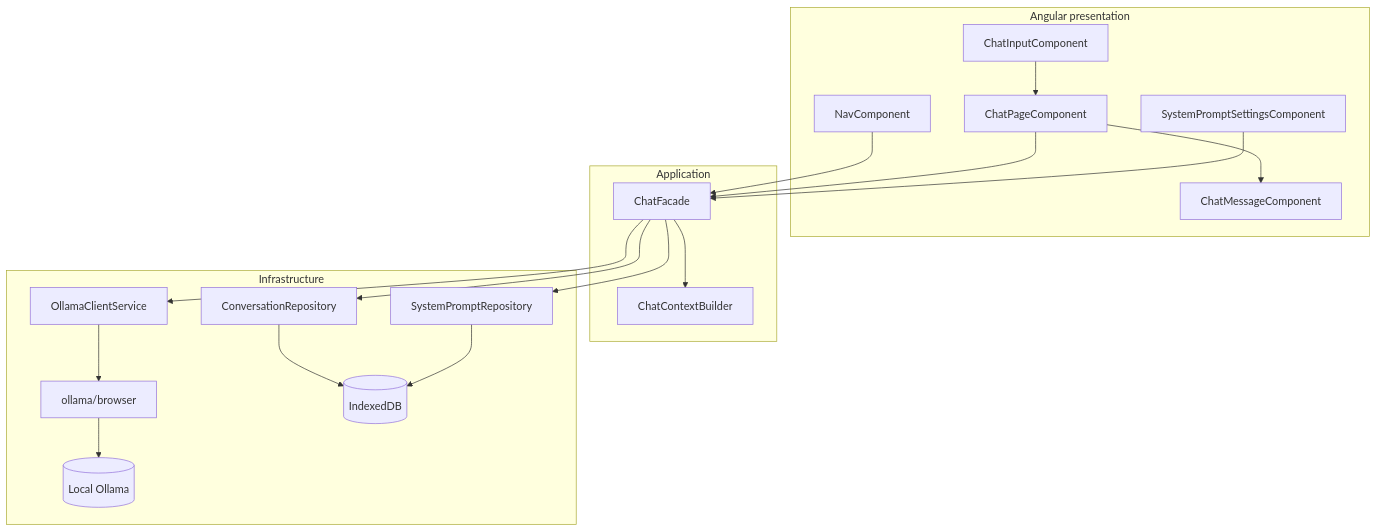
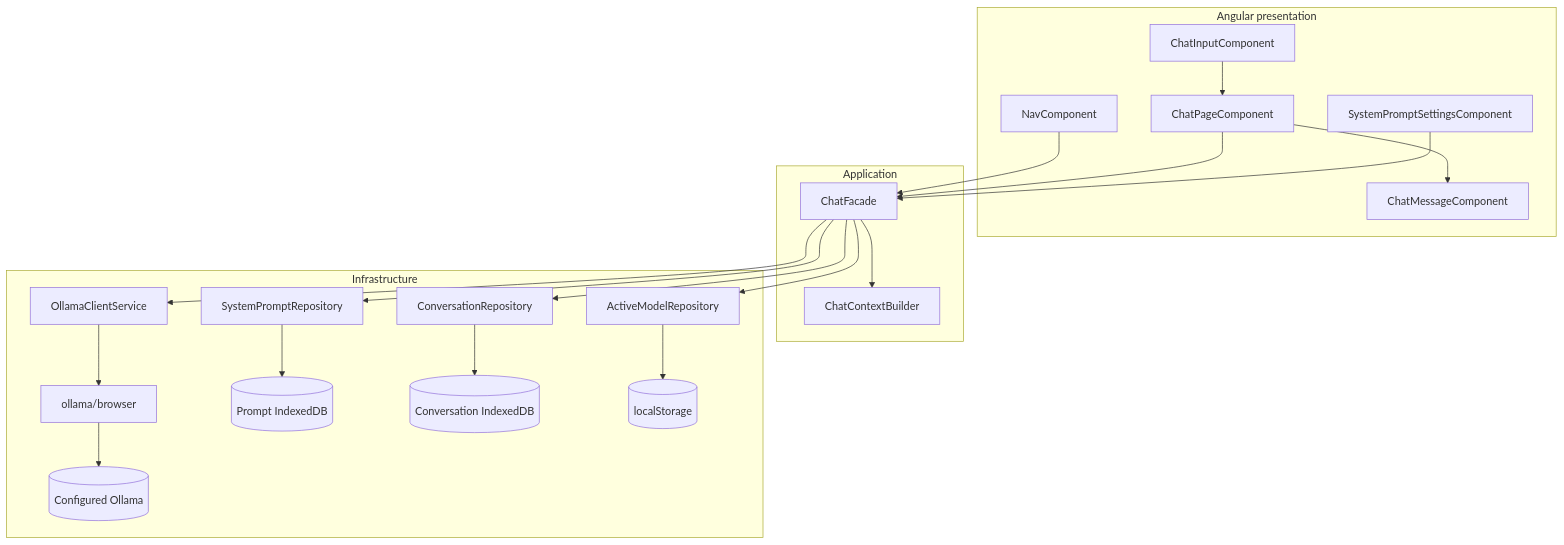
Before and after one commit to kereszteszsolt/local-nook-ai: the first of 2 diagrams in docs/architecture.md, drawn with Mermaid. The commit also changed other lines of this file and 8 other files, not shown here.

````diff
--- a/docs/architecture.md
+++ b/docs/architecture.md
@@ -16,36 +16,40 @@
 ```mermaid
 flowchart TB
     subgraph UI[Angular presentation]
       NAV[NavComponent]
       PAGE[ChatPageComponent]
       INPUT[ChatInputComponent]
       MESSAGE[ChatMessageComponent]
       PROMPTS[SystemPromptSettingsComponent]
     end
 
     subgraph APP[Application]
       FACADE[ChatFacade]
       CONTEXT[ChatContextBuilder]
     end
 
     subgraph INFRA[Infrastructure]
       OCLIENT[OllamaClientService]
       PREPO[SystemPromptRepository]
       CREPO[ConversationRepository]
+      AREPO[ActiveModelRepository]
       SDK[ollama/browser]
-      IDB[(IndexedDB)]
-      OLLAMA[(Local Ollama)]
+      PIDB[(Prompt IndexedDB)]
+      CIDB[(Conversation IndexedDB)]
+      LS[(localStorage)]
+      OLLAMA[(Configured Ollama)]
     end
 
     NAV --> FACADE
     PAGE --> FACADE
     INPUT --> PAGE
     PAGE --> MESSAGE
     PROMPTS --> FACADE
     FACADE --> CONTEXT
     FACADE --> OCLIENT
     FACADE --> PREPO
-    FACADE --> CREPO --> IDB
+    FACADE --> CREPO --> CIDB
+    FACADE --> AREPO --> LS
     OCLIENT --> SDK --> OLLAMA
-    PREPO --> IDB
+    PREPO --> PIDB
 ```
````
